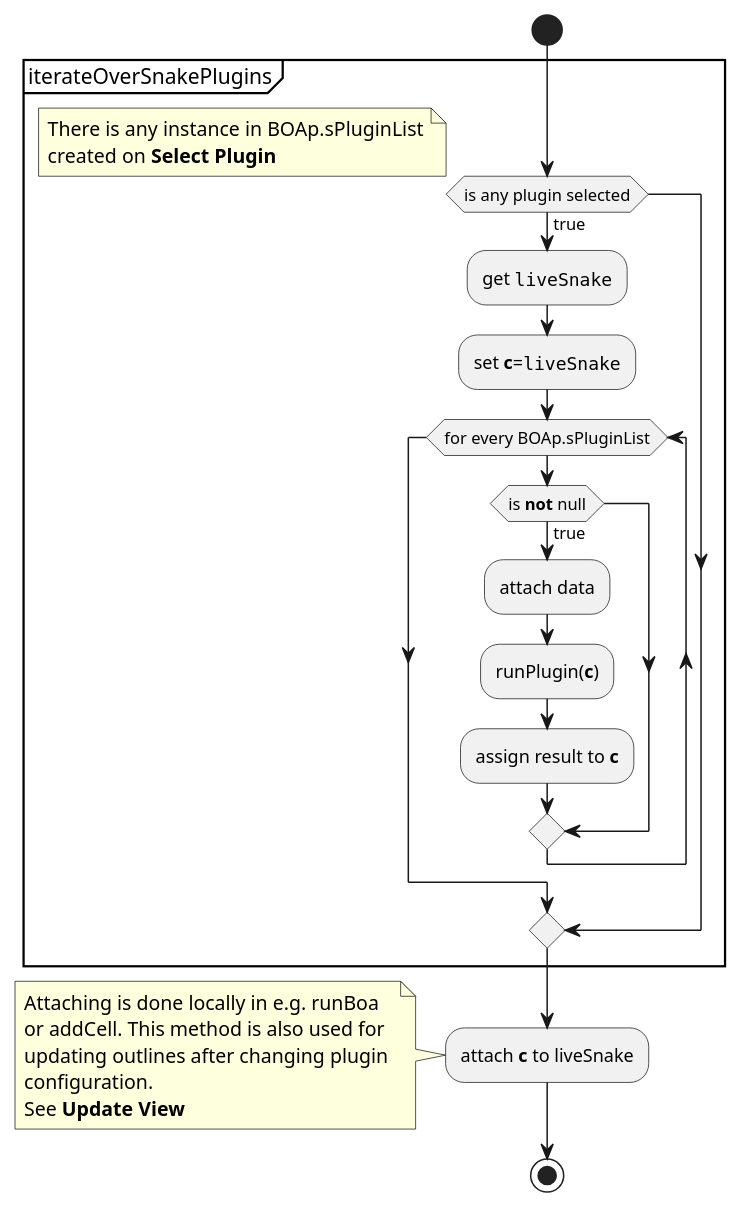
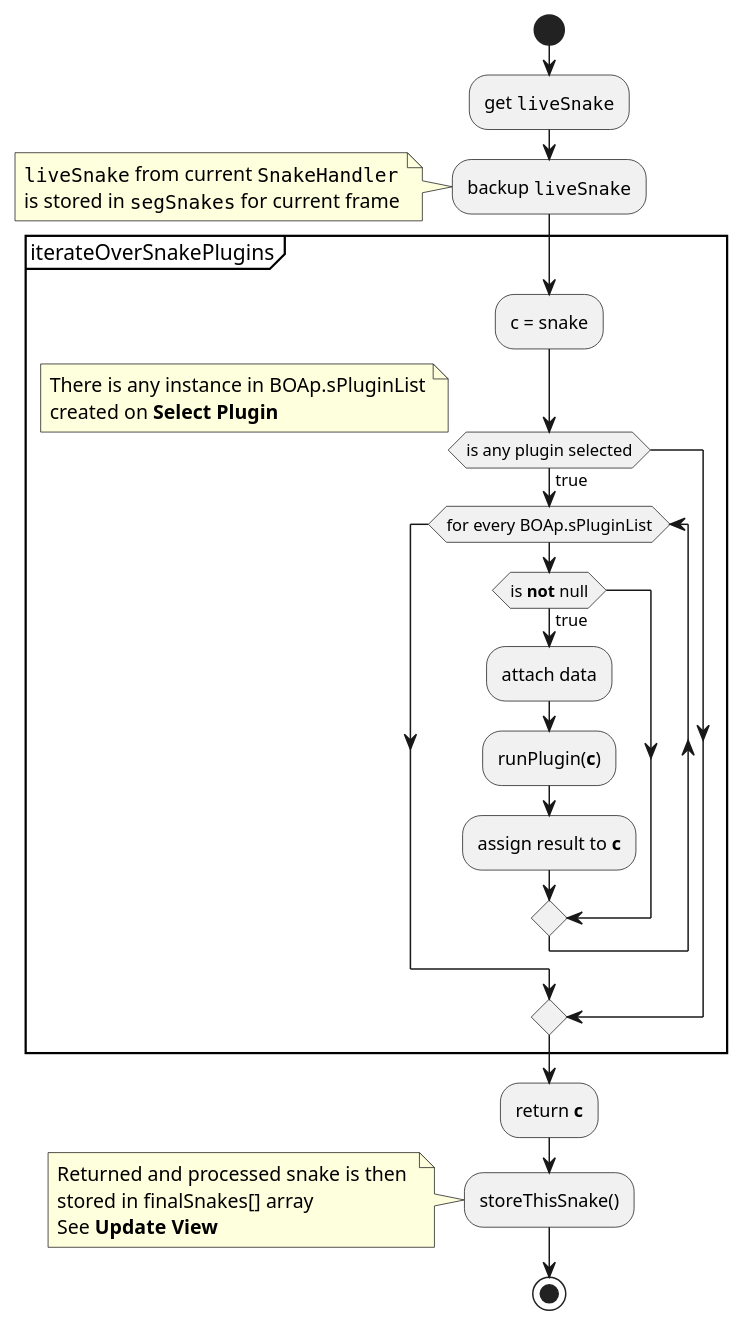
One commit to CellDynamics/QuimP changed the third of 7 diagrams in Doxygen_doc/SnakePlugin.md. Above: the diagram before and after it, drawn with PlantUML. The commit also changed other lines of this file and 1 other file, not shown here.

```diff
--- a/Doxygen_doc/SnakePlugin.md
+++ b/Doxygen_doc/SnakePlugin.md
@@ -193,26 +193,30 @@
 @startuml
 start
+:get ""liveSnake"";
+:backup ""liveSnake"";
+note left
+""liveSnake"" from current ""SnakeHandler""
+is stored in ""segSnakes"" for current frame
+end note
 partition iterateOverSnakePlugins {
+:c = snake;
 if (is any plugin selected) then (true)
 note left: There is any instance in BOAp.sPluginList\ncreated on **Select Plugin**
-:get ""liveSnake"";
-:set **c**=""liveSnake"";
 while (for every BOAp.sPluginList)
 if (is **not** null) then (true)
 :attach data;
 :runPlugin(**c**);
 :assign result to **c**;
 endif
 endwhile
 endif
 }
-:attach **c** to liveSnake;
+:return **c**;
+:storeThisSnake();
 note left
-Attaching is done locally in e.g. runBoa
-or addCell. This method is also used for
-updating outlines after changing plugin 
-configuration. 
+Returned and processed snake is then 
+stored in finalSnakes[] array
 See **Update View**
 end note
 stop
 @enduml
```
